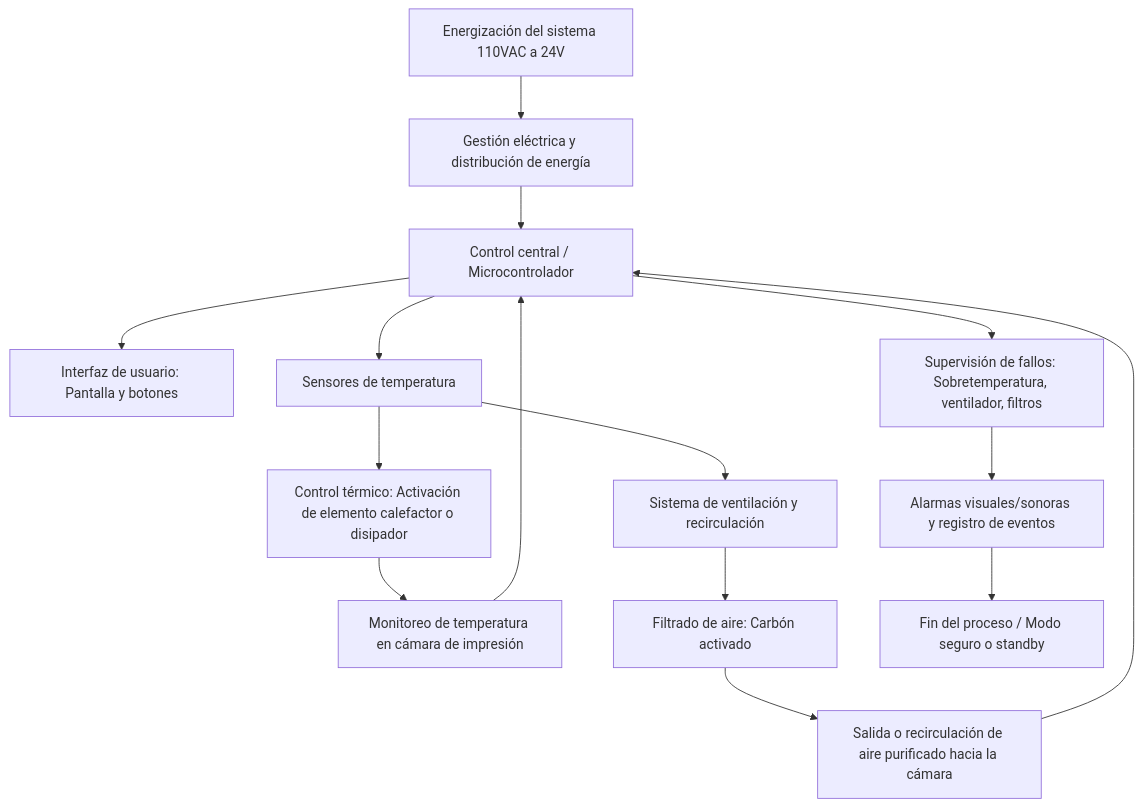
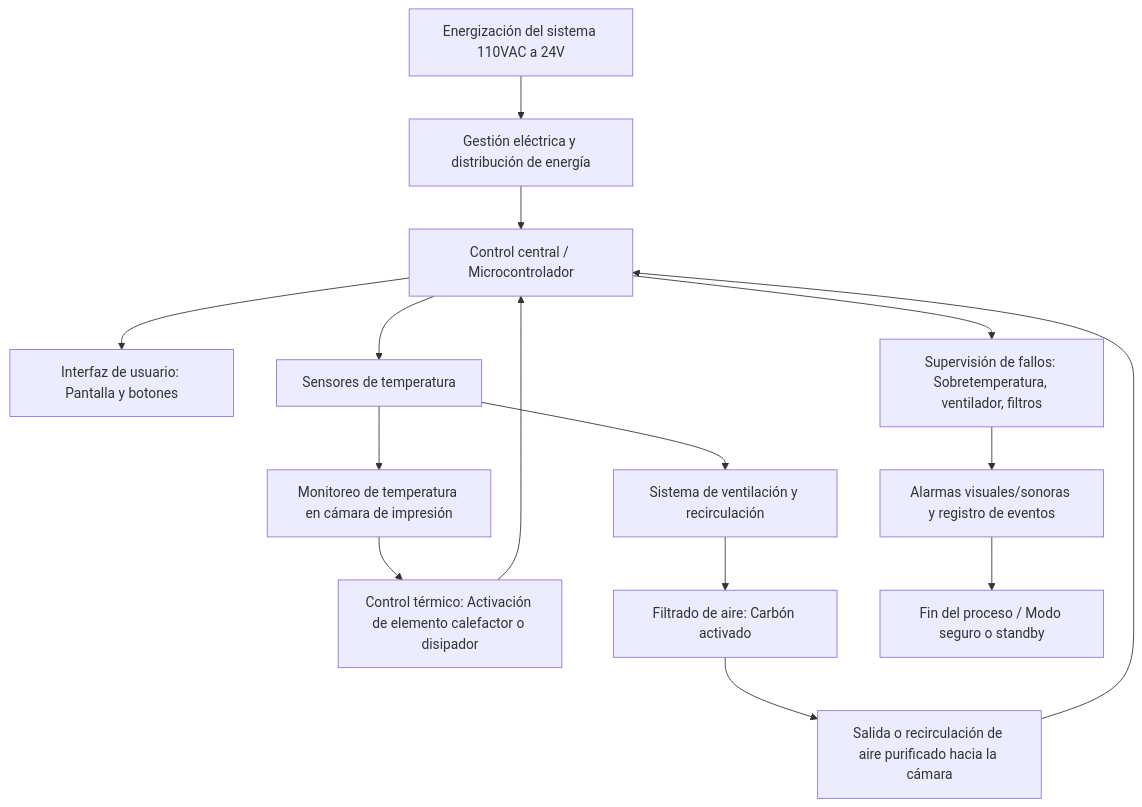
Before and after one commit to isamendo17/Proyecto_final_robotica: the second of 2 diagrams in README.md, drawn with Mermaid.

````diff
--- a/README.md
+++ b/README.md
@@ -51,27 +51,27 @@
 ```mermaid
 flowchart TD
     A[Energización del sistema 110VAC a 24V] --> B[Gestión eléctrica y distribución de energía]
     B --> C[Control central / Microcontrolador]
     
     %% Sensores e interfaz
     C --> D[Interfaz de usuario: Pantalla y botones]
     C --> E[Sensores de temperatura]
     
     %% Control térmico
-    E --> F[Control térmico: Activación de elemento calefactor o disipador]
-    F --> G[Monitoreo de temperatura en cámara de impresión]
+    E --> F[Monitoreo de temperatura en cámara de impresión]
+    F --> G[Control térmico: Activación de elemento calefactor o disipador]
     G --> C
     
     %% Purificación de aire
     E --> H[Sistema de ventilación y recirculación]
     H --> I[Filtrado de aire: Carbón activado]
     I --> J[Salida o recirculación de aire purificado hacia la cámara]
     J --> C
     
     %% Seguridad y alarmas
     C --> K[Supervisión de fallos: Sobretemperatura, ventilador, filtros]
     K --> L[Alarmas visuales/sonoras y registro de eventos]
     
     %% Cierre
     L --> M[Fin del proceso / Modo seguro o standby]
 ```
````
